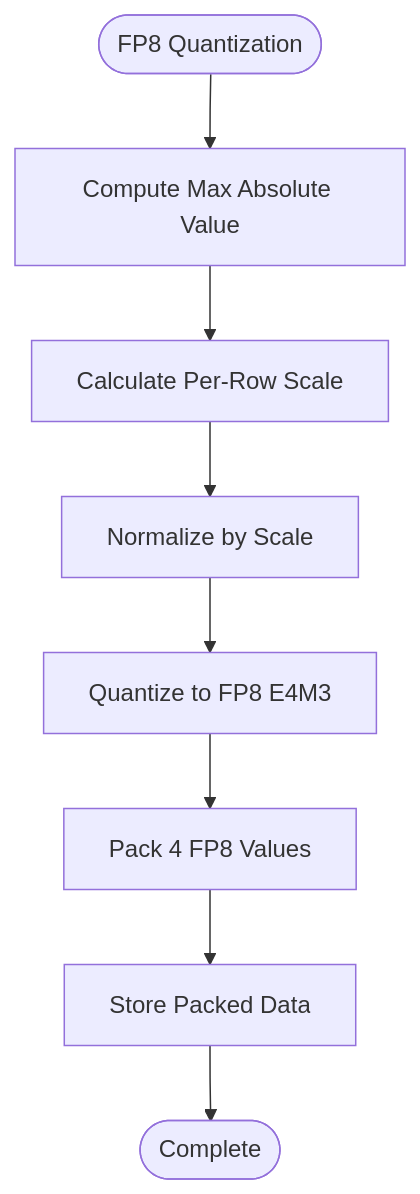
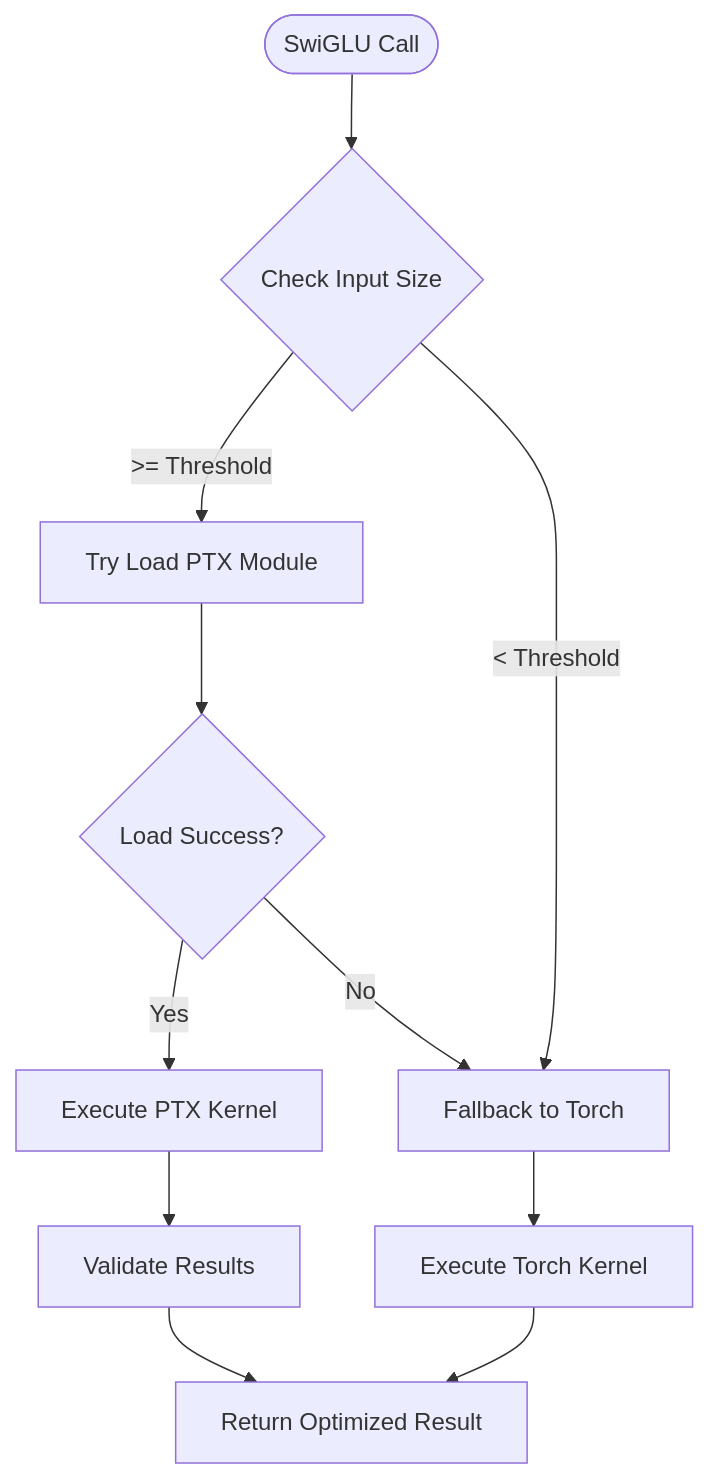
One commit to gugudeshubao/flashinfer-bench-tma-thrust changed diagram 15 of 16 in .qoder/repowiki/en/content/Core Kernels/PTX Inline Assembly Kernel Framework.md. Above: the diagram before and after it, drawn with Mermaid. The commit also changed other lines of this file and 46 other files, not shown here.

````diff
--- a/.qoder/repowiki/en/content/Core Kernels/PTX Inline Assembly Kernel Framework.md
+++ b/.qoder/repowiki/en/content/Core Kernels/PTX Inline Assembly Kernel Framework.md
@@ -458,10 +571,13 @@
 ```mermaid
 flowchart TD
-Start([FP8 Quantization]) --> ComputeMax[Compute Max Absolute Value]
-ComputeMax --> CalculateScale[Calculate Per-Row Scale]
-CalculateScale --> Normalize[Normalize by Scale]
-Normalize --> Quantize[Quantize to FP8 E4M3]
-Quantize --> Pack[Pack 4 FP8 Values]
-Pack --> Store[Store Packed Data]
-Store --> End([Complete])
+Start([SwiGLU Call]) --> CheckSize{Check Input Size}
+CheckSize --> |>= Threshold| TryLoadModule[Try Load PTX Module]
+CheckSize --> |< Threshold| FallbackTorch[Fallback to Torch]
+TryLoadModule --> LoadSuccess{Load Success?}
+LoadSuccess --> |Yes| ExecutePTX[Execute PTX Kernel]
+LoadSuccess --> |No| FallbackTorch
+ExecutePTX --> ValidateResult[Validate Results]
+ValidateResult --> ReturnResult[Return Optimized Result]
+FallbackTorch --> TorchResult[Execute Torch Kernel]
+TorchResult --> ReturnResult
 ```
````
